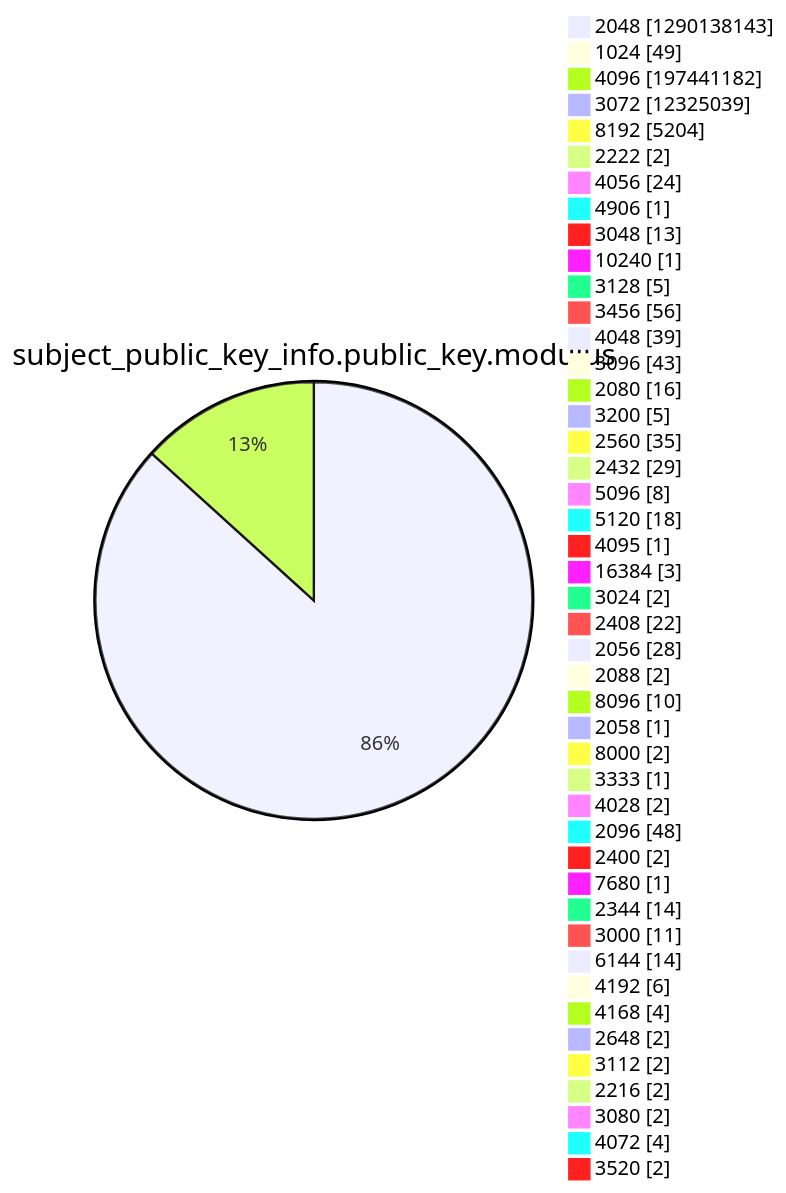
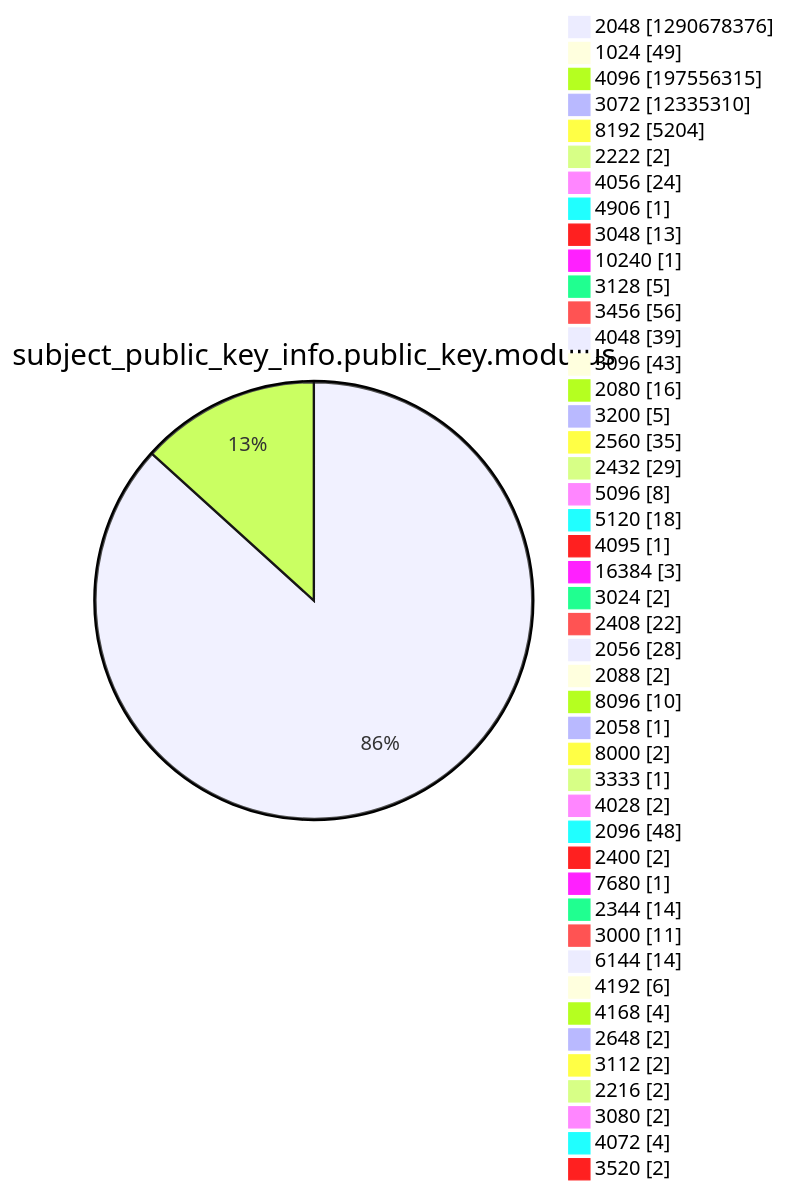
One commit to christiankrug/ctmonitor_visualization changed diagram 13 of 15 in xenon2022/README.md. Above: the diagram before and after it, drawn with Mermaid. The commit also changed other lines of this file, not shown here.

````diff
--- a/xenon2022/README.md
+++ b/xenon2022/README.md
@@ -3921,49 +3921,49 @@
 ```mermaid
 pie showData
 title subject_public_key_info.public_key.modulus
-"2048" :1290138143
+"2048" :1290678376
 "1024" :49
-"4096" :197441182
-"3072" :12325039
+"4096" :197556315
+"3072" :12335310
 "8192" :5204
 "2222" :2
 "4056" :24
 "4906" :1
 "3048" :13
 "10240" :1
 "3128" :5
 "3456" :56
 "4048" :39
 "3096" :43
 "2080" :16
 "3200" :5
 "2560" :35
 "2432" :29
 "5096" :8
 "5120" :18
 "4095" :1
 "16384" :3
 "3024" :2
 "2408" :22
 "2056" :28
 "2088" :2
 "8096" :10
 "2058" :1
 "8000" :2
 "3333" :1
 "4028" :2
 "2096" :48
 "2400" :2
 "7680" :1
 "2344" :14
 "3000" :11
 "6144" :14
 "4192" :6
 "4168" :4
 "2648" :2
 "3112" :2
 "2216" :2
 "3080" :2
 "4072" :4
 "3520" :2
 ```
````
